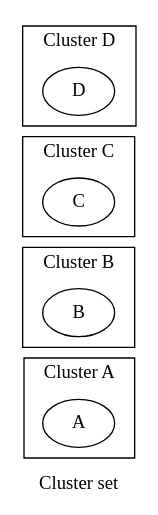
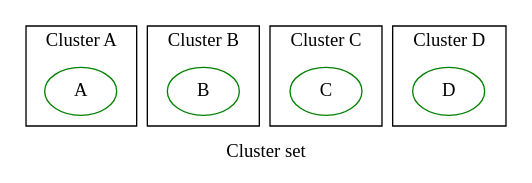
One commit to graphviz-perl/GraphViz2-Marpa-PathUtils changed the diagram in data/02.clusters.out.gv. Above: the diagram before and after it, drawn with Graphviz. The commit also changed 34 other files, not shown here.

```diff
--- a/data/02.clusters.out.gv
+++ b/data/02.clusters.out.gv
@@ -1,32 +1,32 @@
-graph Perl
+digraph graph_02
 {
-graph [ label="Cluster set" rankdir="LR" ]
+graph [ label="Cluster set" rankdir="TB" ]
 
 subgraph "cluster A"
 {
-graph [ label="Cluster A" rankdir="LR" ]
+graph [ label="Cluster A" rankdir="TB" ]
 
-"A"
+"A" [ color="green" ]
 }
 
 subgraph "cluster B"
 {
-graph [ label="Cluster B" rankdir="LR" ]
+graph [ label="Cluster B" rankdir="TB" ]
 
-"B"
+"B" [ color="green" ]
 }
 
 subgraph "cluster C"
 {
-graph [ label="Cluster C" rankdir="LR" ]
+graph [ label="Cluster C" rankdir="TB" ]
 
-"C"
+"C" [ color="green" ]
 }
 
 subgraph "cluster D"
 {
-graph [ label="Cluster D" rankdir="LR" ]
+graph [ label="Cluster D" rankdir="TB" ]
 
-"D"
+"D" [ color="green" ]
 }
 }
```
